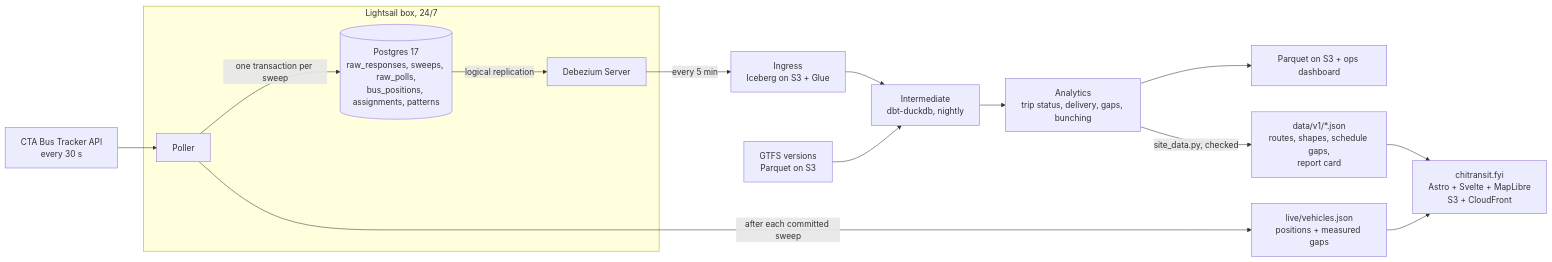
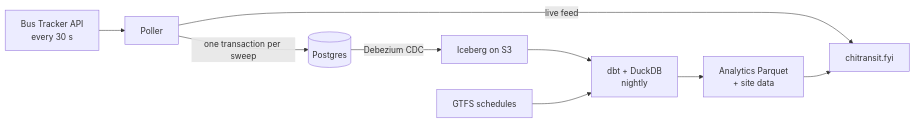
The diagram in README.md (sohammandal/chitransit), drawn with Mermaid before and after one commit. The commit also changed other lines of this file and 40 other files, not shown here.

````diff
--- a/README.md
+++ b/README.md
@@ -40,17 +9,11 @@
 ```mermaid
 flowchart LR
-    BT[CTA Bus Tracker API<br/>every 30 s] --> P
-    subgraph BOX[Lightsail box, 24/7]
-        P[Poller] -->|one transaction per sweep| PG[(Postgres 17<br/>raw_responses, sweeps, raw_polls,<br/>bus_positions, assignments, patterns)]
-        PG -->|logical replication| CDC[Debezium Server]
-    end
-    CDC -->|every 5 min| ING[Ingress<br/>Iceberg on S3 + Glue]
-    GTFS[GTFS versions<br/>Parquet on S3] --> INT
-    ING --> INT[Intermediate<br/>dbt-duckdb, nightly]
-    INT --> AN[Analytics<br/>trip status, delivery, gaps, bunching]
-    AN --> OUT[Parquet on S3 + ops dashboard]
-    P -->|after each committed sweep| LIVE[live/vehicles.json<br/>positions + measured gaps]
-    AN -->|site_data.py, checked| DATA[data/v1/*.json<br/>routes, shapes, schedule gaps,<br/>report card]
-    LIVE --> SITE[chitransit.fyi<br/>Astro + Svelte + MapLibre<br/>S3 + CloudFront]
-    DATA --> SITE
+    BT[Bus Tracker API<br/>every 30 s] --> P[Poller]
+    P -->|one transaction per sweep| PG[(Postgres)]
+    PG -->|Debezium CDC| ING[Iceberg on S3]
+    ING --> DBT[dbt + DuckDB<br/>nightly]
+    GTFS[GTFS schedules] --> DBT
+    DBT --> AN[Analytics Parquet<br/>+ site data]
+    P -->|live feed| SITE[chitransit.fyi]
+    AN --> SITE
 ```
````
